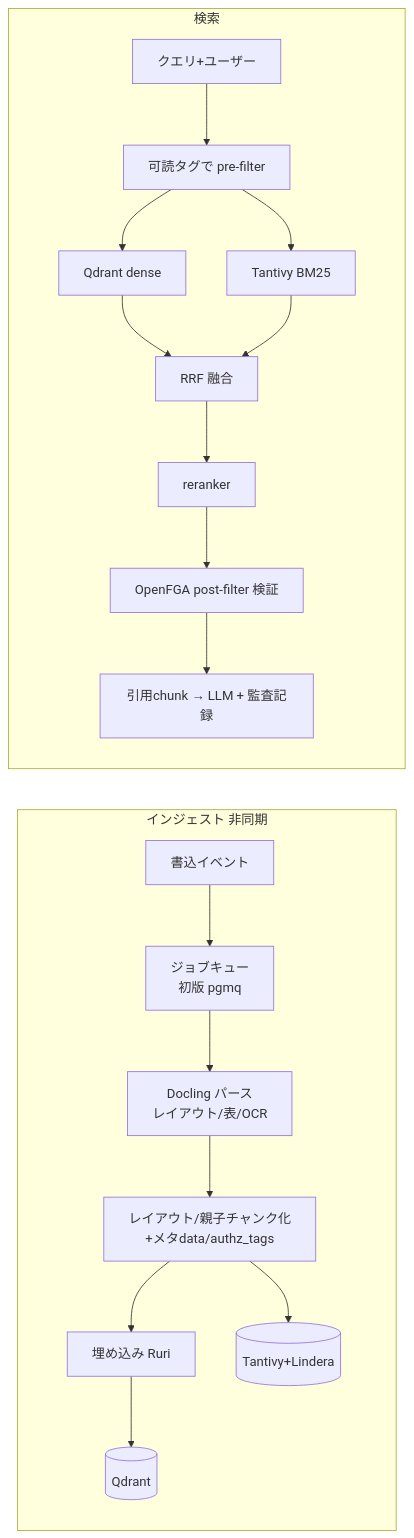
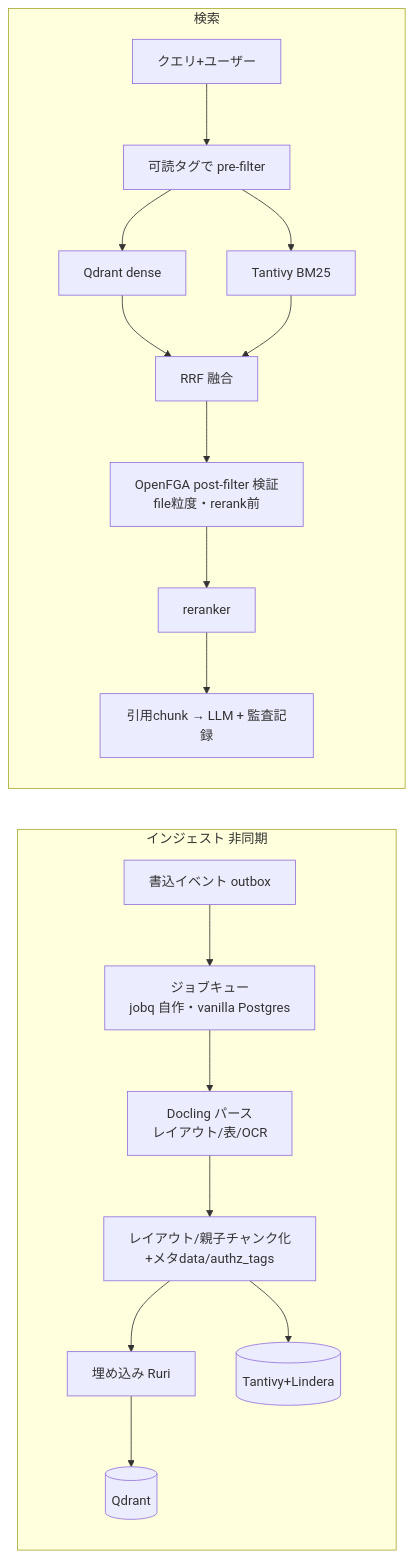
Before and after one commit to imanect-labs/shiki-platform: the sixth of 8 diagrams in docs/design.md, drawn with Mermaid. The commit also changed other lines of this file and 10 other files, not shown here.

First line of the commit message:
docs,ci: キュー方針（pgmq→自作 jobq）と PIT-1/2/3/10 の解決を正本へ反映（#27, #28）

````diff
--- a/docs/design.md
+++ b/docs/design.md
@@ -240,21 +241,21 @@
 ```mermaid
 flowchart LR
   subgraph Ingest[インジェスト 非同期]
-    f[書込イベント] --> q[ジョブキュー<br/>初版 pgmq]
+    f[書込イベント outbox] --> q[ジョブキュー<br/>jobq 自作・vanilla Postgres]
     q --> p[Docling パース<br/>レイアウト/表/OCR]
     p --> c[レイアウト/親子チャンク化<br/>+メタdata/authz_tags]
     c --> e[埋め込み Ruri]
     e --> idx[(Qdrant)]
     c --> idxt[(Tantivy+Lindera)]
   end
   subgraph Query[検索]
     qy[クエリ+ユーザー] --> pre[可読タグで pre-filter]
     pre --> dense[Qdrant dense]
     pre --> kw[Tantivy BM25]
     dense --> rrf[RRF 融合]
     kw --> rrf
-    rrf --> rk[reranker]
-    rk --> post[OpenFGA post-filter 検証]
-    post --> cite[引用chunk → LLM + 監査記録]
+    rrf --> post[OpenFGA post-filter 検証<br/>file粒度・rerank前]
+    post --> rk[reranker]
+    rk --> cite[引用chunk → LLM + 監査記録]
   end
 ```
````
